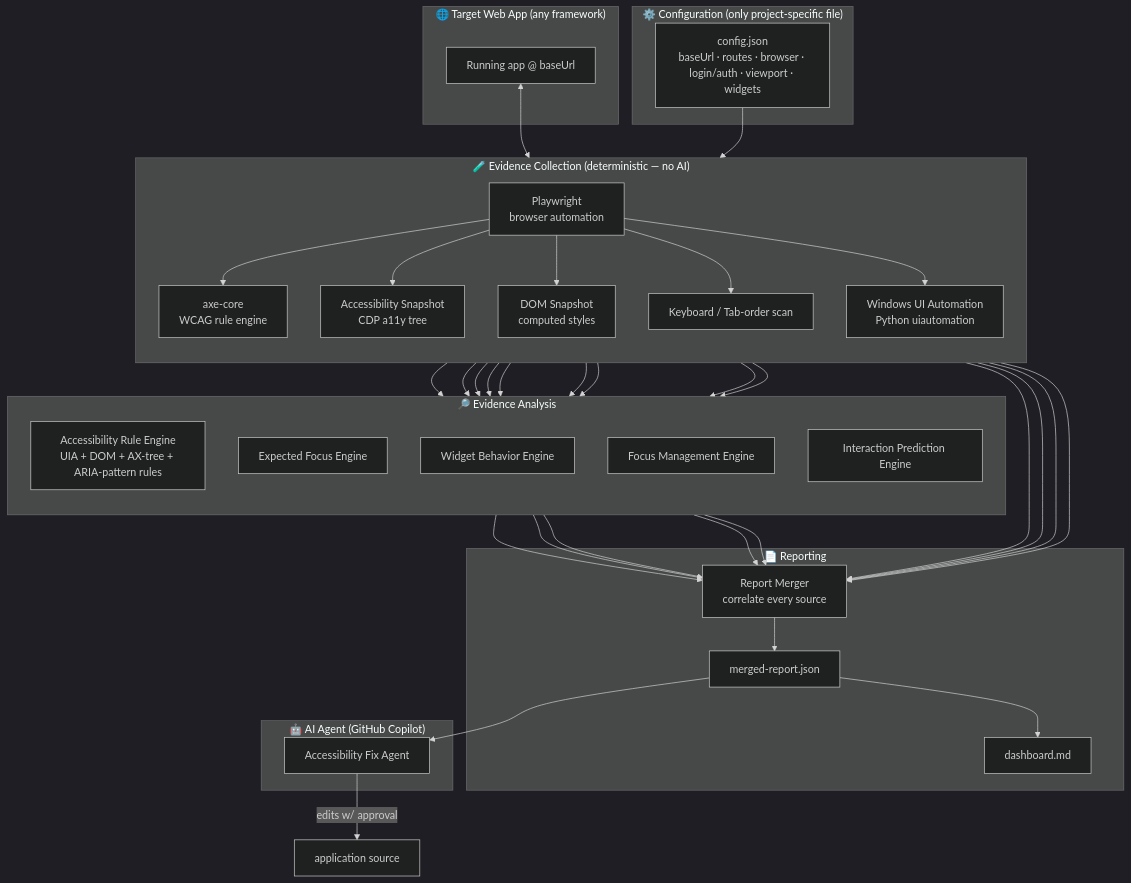
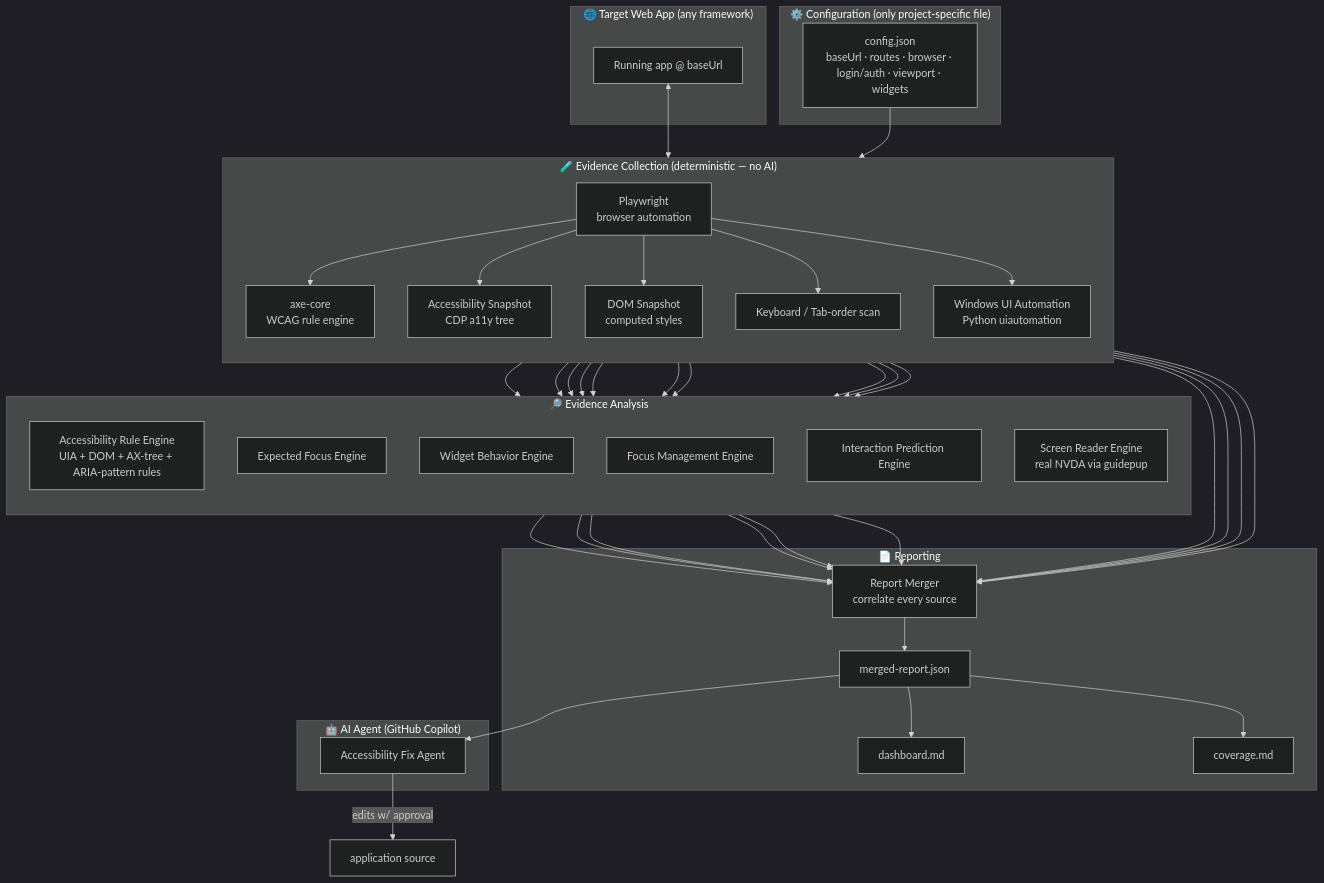
The second of 8 diagrams in ADA Harness/ARCHITECTURE.md (vivek1952p/GiftApp), drawn with Mermaid (dark theme) before and after one commit. The commit also changed other lines of this file and 2 other files, not shown here.

Commit message:
readme-architecture-update

````diff
--- a/ADA Harness/ARCHITECTURE.md
+++ b/ADA Harness/ARCHITECTURE.md
@@ -40,71 +40,77 @@
 ```mermaid
 flowchart TB
     subgraph CONFIG["⚙️ Configuration (only project-specific file)"]
         CFG[config.json<br/>baseUrl · routes · browser · login/auth · viewport · widgets]
     end
 
     subgraph APP["🌐 Target Web App (any framework)"]
         WEB[Running app @ baseUrl]
     end
 
     subgraph COLLECT["🧪 Evidence Collection (deterministic — no AI)"]
         direction TB
         PW[Playwright<br/>browser automation]
         AXE[axe-core<br/>WCAG rule engine]
         SNAP[Accessibility Snapshot<br/>CDP a11y tree]
         DOM[DOM Snapshot<br/>computed styles]
         KB[Keyboard / Tab-order scan]
         UIA[Windows UI Automation<br/>Python uiautomation]
     end
 
     subgraph ANALYZE["🔎 Evidence Analysis"]
         direction TB
         RE[Accessibility Rule Engine<br/>UIA + DOM + AX-tree + ARIA-pattern rules]
         EFE[Expected Focus Engine]
         WBE[Widget Behavior Engine]
         FME[Focus Management Engine]
         IPE[Interaction Prediction Engine]
+        SRE[Screen Reader Engine<br/>real NVDA via guidepup]
     end
 
     subgraph REPORT["📄 Reporting"]
         MERGE[Report Merger<br/>correlate every source]
         MR[merged-report.json]
         DASH[dashboard.md]
+        COV[coverage.md]
     end
 
     subgraph AGENT["🤖 AI Agent (GitHub Copilot)"]
         FIXAI[Accessibility Fix Agent]
     end
 
     CFG --> COLLECT
     WEB <--> PW
     PW --> AXE
     PW --> SNAP
     PW --> DOM
     PW --> KB
     PW --> UIA
 
     AXE --> RE
     SNAP --> RE
     DOM --> RE
     UIA --> RE
     SNAP --> EFE
     KB --> EFE
     PW --> WBE
     PW --> FME
     PW --> IPE
 
+    AXE --> SRE
+
     RE --> MERGE
     EFE --> MERGE
     WBE --> MERGE
     FME --> MERGE
     IPE --> MERGE
+    SRE --> MERGE
     AXE --> MERGE
     SNAP --> MERGE
     DOM --> MERGE
     KB --> MERGE
 
     MERGE --> MR --> DASH
+    MR --> COV
     MR --> FIXAI
     FIXAI -->|edits w/ approval| SRC[application source]
 ```
````
